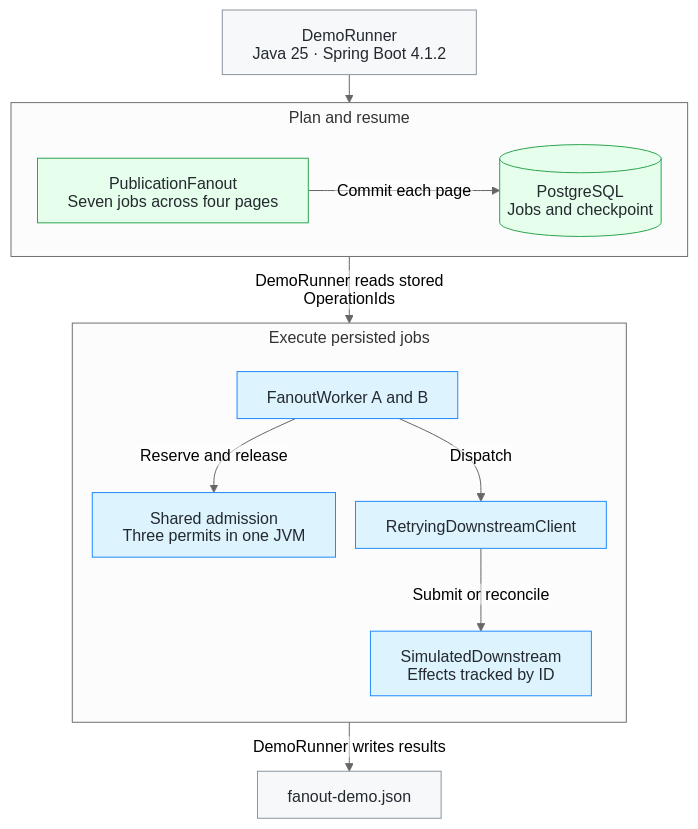
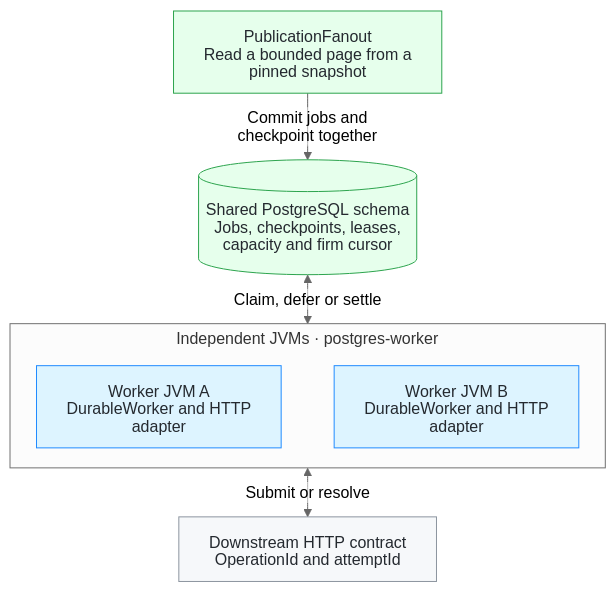
One commit to luisfm44/caseware-template-fanout-worker changed the first of 3 diagrams in docs/worker-architecture.md. Above: the diagram before and after it, drawn with Mermaid. The commit also changed other lines of this file and 14 other files, not shown here.

````diff
--- a/docs/worker-architecture.md
+++ b/docs/worker-architecture.md
@@ -5,49 +7,40 @@
 ```mermaid
 ---
 config:
   theme: neutral
   htmlLabels: false
   flowchart:
     rankSpacing: 28
     nodeSpacing: 20
     wrappingWidth: 220
     subGraphTitleMargin:
       top: 4
       bottom: 18
 ---
 flowchart TB
-    accTitle: Java worker demo
-    accDescr: Spring Boot launches DemoRunner. PublicationFanout commits jobs and a checkpoint in PostgreSQL. DemoRunner reads the stored IDs and supplies them to two workers with three shared permits. The retry client submits or reconciles each ID through a simulator. DemoRunner writes the final report.
+    accTitle: Durable PostgreSQL worker
+    accDescr: PublicationFanout commits planned jobs and a pinned snapshot checkpoint to a shared PostgreSQL schema. Two independent JVMs claim work through the same capacity pool and firm cursor. Each uses the HTTP adapter to submit or resolve an attempt using the same operation and attempt IDs.
 
-    RUNNER["DemoRunner<br/>Java 25 · Spring Boot 4.1.2"]
-    REPORT["fanout-demo.json"]
+    PLANNER["PublicationFanout<br/>Read a bounded page from a pinned snapshot"]
+    DB[("Shared PostgreSQL schema<br/>Jobs, checkpoints, leases, capacity and firm cursor")]
 
-    subgraph PLAN["Plan and resume"]
+    subgraph WORKERS["Independent JVMs · postgres-worker"]
         direction LR
-        PLANNER["PublicationFanout<br/>Seven jobs across four pages"]
-        DB[("PostgreSQL<br/>Jobs and checkpoint")]
-        PLANNER -->|"Commit each page"| DB
+        FIRST["Worker JVM A<br/>DurableWorker and HTTP adapter"]
+        SECOND["Worker JVM B<br/>DurableWorker and HTTP adapter"]
+        FIRST ~~~ SECOND
     end
 
-    subgraph EXEC["Execute persisted jobs"]
-        direction TB
-        WORKERS["FanoutWorker A and B"]
-        ADMIT["Shared admission<br/>Three permits in one JVM"]
-        CLIENT["RetryingDownstreamClient"]
-        TRANSPORT["SimulatedDownstream<br/>Effects tracked by ID"]
-        WORKERS -->|"Reserve and release"| ADMIT
-        WORKERS -->|"Dispatch"| CLIENT
-        CLIENT -->|"Submit or reconcile"| TRANSPORT
-    end
+    DOWNSTREAM["Downstream HTTP contract<br/>OperationId and attemptId"]
 
-    RUNNER --> PLAN
-    PLAN -->|"DemoRunner reads stored OperationIds"| EXEC
-    EXEC -->|"DemoRunner writes results"| REPORT
+    PLANNER -->|"Commit jobs and checkpoint together"| DB
+    DB <-->|"Claim, defer or settle"| WORKERS
+    WORKERS <-->|"Submit or resolve"| DOWNSTREAM
 
-    classDef app fill:#f6f8fa,stroke:#8c959f,color:#24292f
+    classDef dependency fill:#f6f8fa,stroke:#8c959f,color:#24292f
     classDef planning fill:#e6ffec,stroke:#2da44e,color:#24292f
     classDef execution fill:#ddf4ff,stroke:#218bff,color:#24292f
-    class RUNNER,REPORT app
+    class DOWNSTREAM dependency
     class PLANNER,DB planning
-    class WORKERS,ADMIT,CLIENT,TRANSPORT execution
+    class FIRST,SECOND execution
 ```
````
